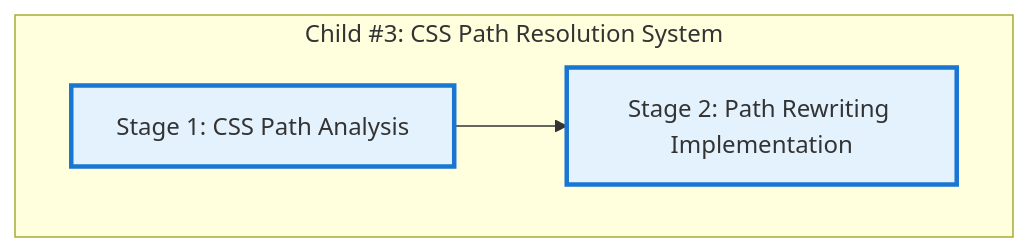
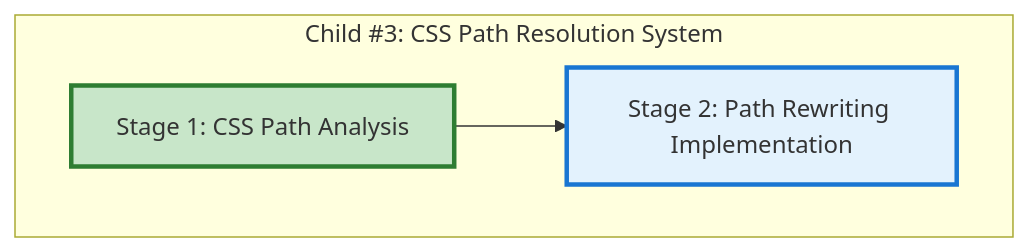
Before and after one commit to info-tech-io/hugo-templates: the diagram in docs/proposals/epic-15-federated-build-system/child-3-css-path-resolution/progress.md, drawn with Mermaid. The commit also changed other lines of this file, not shown here.

First line of the commit message:
docs(issue-18): update Child #3 progress - Stage 1 complete

````diff
--- a/docs/proposals/epic-15-federated-build-system/child-3-css-path-resolution/progress.md
+++ b/docs/proposals/epic-15-federated-build-system/child-3-css-path-resolution/progress.md
@@ -5,12 +5,12 @@
 ```mermaid
 graph TD
     subgraph "Child #3: CSS Path Resolution System"
         A[Stage 1: CSS Path Analysis] --> B[Stage 2: Path Rewriting Implementation];
     end
 
-    style A fill:#e3f2fd,stroke:#1976d2,stroke-width:3px
+    style A fill:#c8e6c9,stroke:#2e7d32,stroke-width:3px
     style B fill:#e3f2fd,stroke:#1976d2,stroke-width:3px
 
-    click A "001-progress.md" "Stage 1: Ready to Start"
-    click B "002-progress.md" "Stage 2: Awaiting Stage 1"
+    click A "001-progress.md" "Stage 1: COMPLETE ✅"
+    click B "002-progress.md" "Stage 2: Ready to Start"
 ```
````
